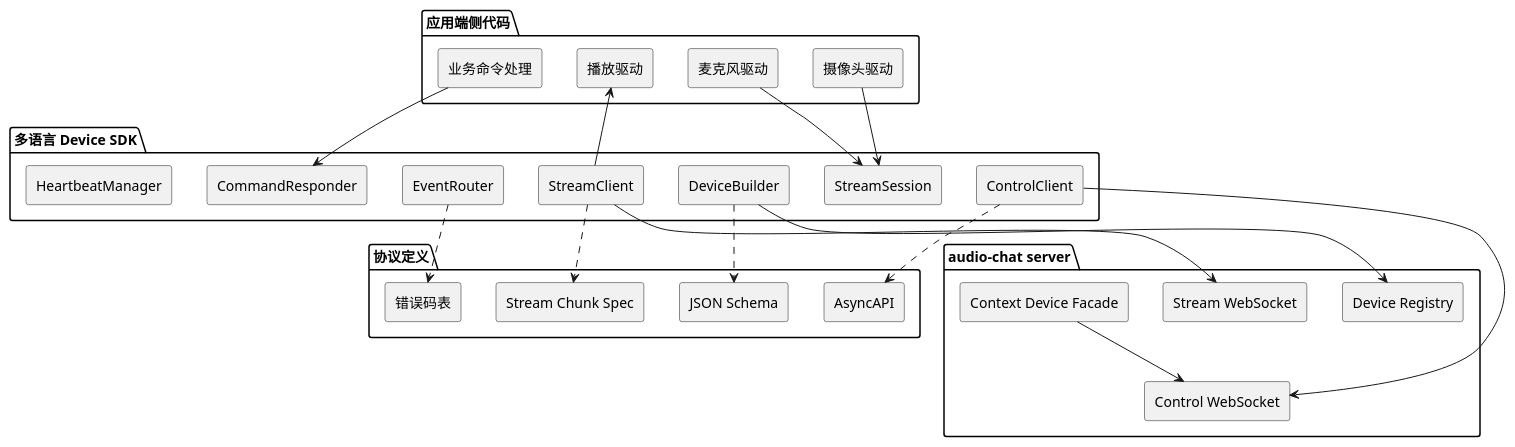
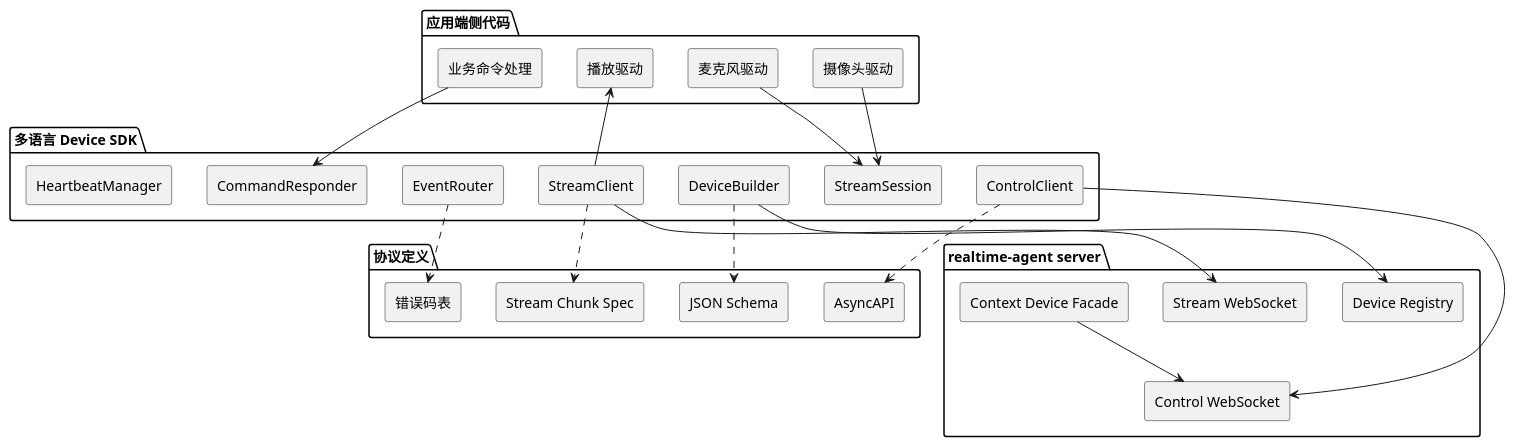
Before and after one commit to HengeLiu/RealtimeAgent: the first of 3 diagrams in docs/internal/multilanguage-device-sdk-design.md, drawn with PlantUML. The commit also changed other lines of this file and 488 other files, not shown here.

````diff
--- a/docs/internal/multilanguage-device-sdk-design.md
+++ b/docs/internal/multilanguage-device-sdk-design.md
@@ -78,51 +78,51 @@
 ```plantuml
 @startuml
 skinparam componentStyle rectangle
 
 package "应用端侧代码" {
   [摄像头驱动]
   [麦克风驱动]
   [播放驱动]
   [业务命令处理]
 }
 
 package "多语言 Device SDK" {
   [DeviceBuilder]
   [ControlClient]
   [StreamClient]
   [EventRouter]
   [CommandResponder]
   [StreamSession]
   [HeartbeatManager]
 }
 
 package "协议定义" {
   [JSON Schema]
   [AsyncAPI]
   [Stream Chunk Spec]
   [错误码表]
 }
 
-package "audio-chat server" {
+package "realtime-agent server" {
   [Control WebSocket]
   [Stream WebSocket]
   [Device Registry]
   [Context Device Facade]
 }
 
 [摄像头驱动] --> [StreamSession]
 [麦克风驱动] --> [StreamSession]
 [播放驱动] <-- [StreamClient]
 [业务命令处理] --> [CommandResponder]
 
 [DeviceBuilder] ..> [JSON Schema]
 [ControlClient] ..> [AsyncAPI]
 [StreamClient] ..> [Stream Chunk Spec]
 [EventRouter] ..> [错误码表]
 
 [ControlClient] --> [Control WebSocket]
 [StreamClient] --> [Stream WebSocket]
 [DeviceBuilder] --> [Device Registry]
 [Context Device Facade] --> [Control WebSocket]
 @enduml
 ```
````
